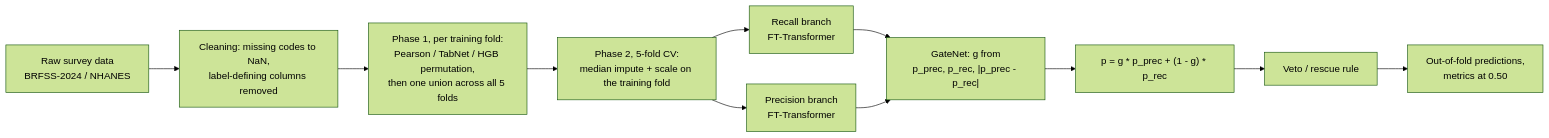
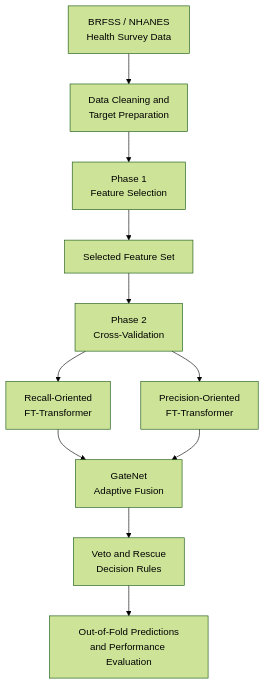
The diagram in README.md (100jahidul614-sudo/heartsense-dual-branch-fttransformer), drawn with Mermaid (forest theme) before and after one commit. The commit also changed other lines of this file, not shown here.

````diff
--- a/README.md
+++ b/README.md
@@ -59,13 +104,13 @@
 ```mermaid
-flowchart LR
-  A["Raw survey data<br/>BRFSS-2024 / NHANES"] --> B["Cleaning: missing codes to NaN,<br/>label-defining columns removed"]
-  B --> C["Phase 1, per training fold:<br/>Pearson / TabNet / HGB permutation,<br/>then one union across all 5 folds"]
-  C --> D["Phase 2, 5-fold CV:<br/>median impute + scale on the training fold"]
-  D --> E1["Recall branch<br/>FT-Transformer"]
-  D --> E2["Precision branch<br/>FT-Transformer"]
-  E1 --> G["GateNet: g from<br/>p_prec, p_rec, |p_prec - p_rec|"]
-  E2 --> G
-  G --> H["p = g * p_prec + (1 - g) * p_rec"]
-  H --> V["Veto / rescue rule"]
-  V --> O["Out-of-fold predictions,<br/>metrics at 0.50"]
+flowchart TD
+    A["BRFSS / NHANES<br/>Health Survey Data"] --> B["Data Cleaning and<br/>Target Preparation"]
+    B --> C["Phase 1<br/>Feature Selection"]
+    C --> D["Selected Feature Set"]
+    D --> E["Phase 2<br/>Cross-Validation"]
+    E --> F["Recall-Oriented<br/>FT-Transformer"]
+    E --> G["Precision-Oriented<br/>FT-Transformer"]
+    F --> H["GateNet<br/>Adaptive Fusion"]
+    G --> H
+    H --> I["Veto and Rescue<br/>Decision Rules"]
+    I --> J["Out-of-Fold Predictions<br/>and Performance Evaluation"]
 ```
````
